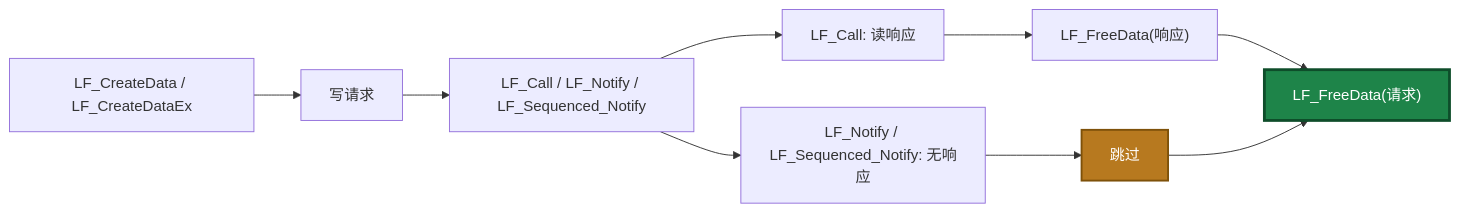
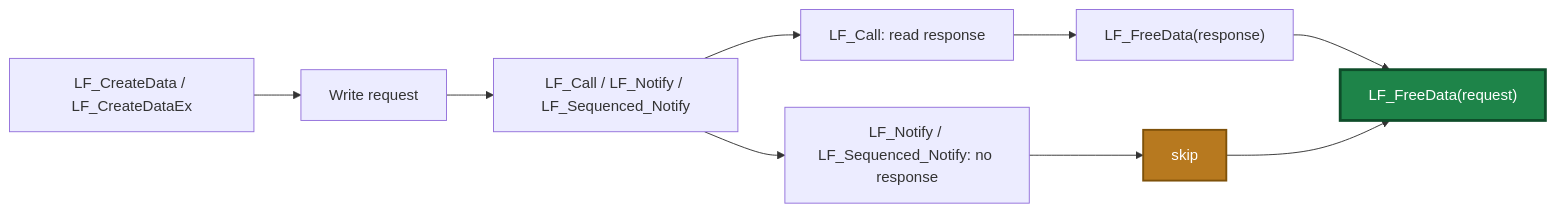
Before and after one commit to PassByYou888/LingoFuse-Tools: the sixth of 13 diagrams in src/pascal_c_to_mcp/MCP_API_Contract.md, drawn with Mermaid. The commit also changed other lines of this file, not shown here.

````diff
--- a/src/pascal_c_to_mcp/MCP_API_Contract.md
+++ b/src/pascal_c_to_mcp/MCP_API_Contract.md
@@ -370,14 +370,14 @@
 ```mermaid
 flowchart LR
-    A["LF_CreateData / LF_CreateDataEx"] --> B["写请求"]
+    A["LF_CreateData / LF_CreateDataEx"] --> B["Write request"]
     B --> C["LF_Call / LF_Notify / LF_Sequenced_Notify"]
-    C --> D1["LF_Call: 读响应"]
-    C --> D2["LF_Notify / LF_Sequenced_Notify: 无响应"]
-    D1 --> E1["LF_FreeData(响应)"]
-    D2 --> E2["跳过"]
-    E1 --> F["LF_FreeData(请求)"]
+    C --> D1["LF_Call: read response"]
+    C --> D2["LF_Notify / LF_Sequenced_Notify: no response"]
+    D1 --> E1["LF_FreeData(response)"]
+    D2 --> E2["skip"]
+    E1 --> F["LF_FreeData(request)"]
     E2 --> F
 
     style E2 fill:#B7791F,stroke:#7E5109,stroke-width:2px,color:#FFFFFF
     style F fill:#1E8449,stroke:#0E4D2A,stroke-width:3px,color:#FFFFFF
 ```
````
